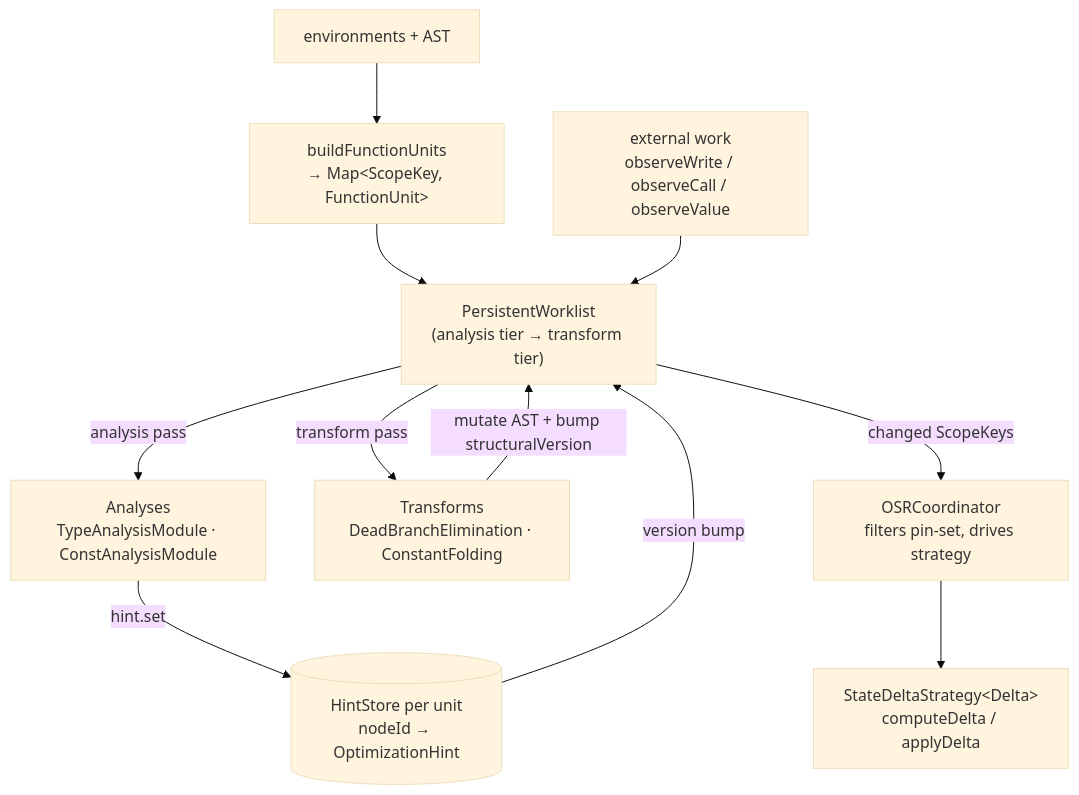
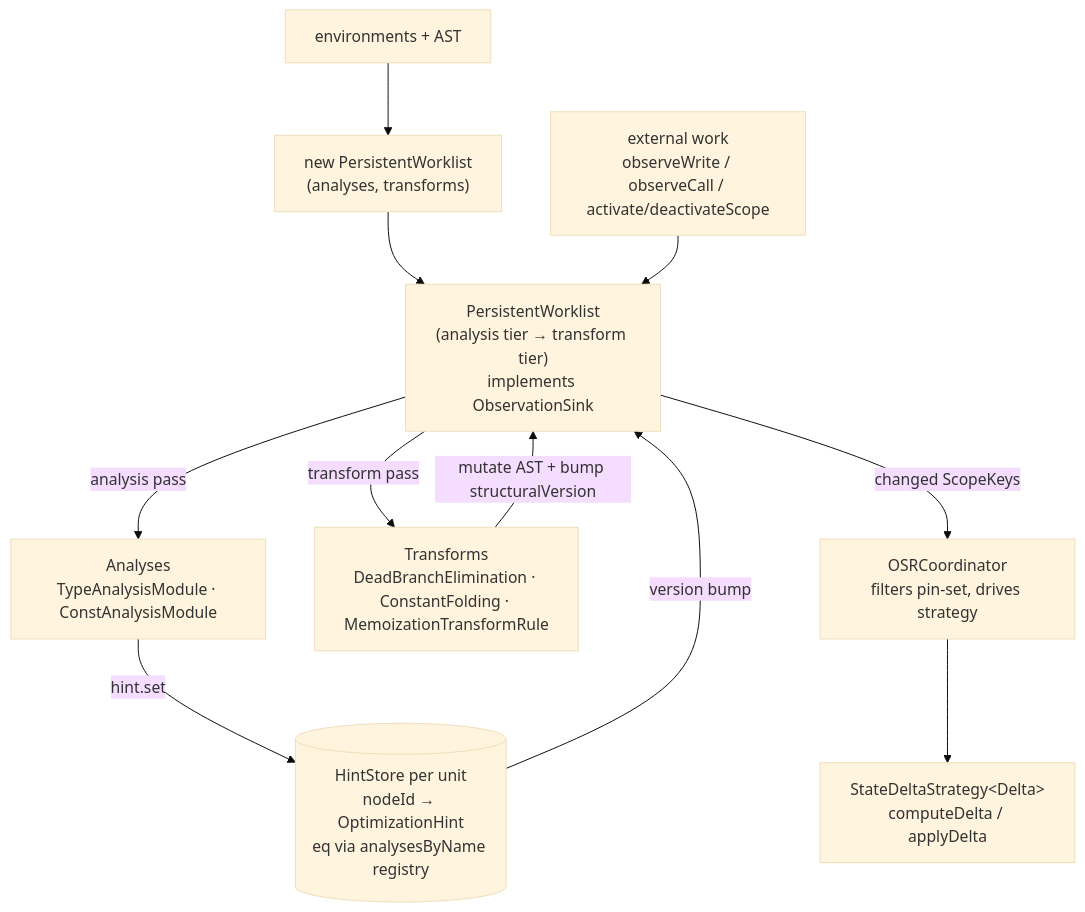
The third of 6 diagrams in docs/compilation-flow.md (loyaltypollution/py-slang), drawn with Mermaid (base theme) before and after one commit. The commit also changed other lines of this file and 2 other files, not shown here.

Commit message:
docs: refresh roadmap + compilation-flow; absorb cleanup-plan gaps into roadmap D1–D7

````diff
--- a/docs/compilation-flow.md
+++ b/docs/compilation-flow.md
@@ -124,20 +148,20 @@
 ```mermaid
 flowchart TB
     RESOLVE["environments + AST"]
-    BUILD["buildFunctionUnits<br/>→ Map&lt;ScopeKey, FunctionUnit&gt;"]
-    PW["PersistentWorklist<br/>(analysis tier → transform tier)"]
+    BUILD["new PersistentWorklist<br/>(analyses, transforms)"]
+    PW["PersistentWorklist<br/>(analysis tier → transform tier)<br/>implements ObservationSink"]
     ANA["Analyses<br/>TypeAnalysisModule · ConstAnalysisModule"]
-    XF["Transforms<br/>DeadBranchElimination · ConstantFolding"]
-    HS[("HintStore per unit<br/>nodeId → OptimizationHint")]
+    XF["Transforms<br/>DeadBranchElimination · ConstantFolding · MemoizationTransformRule"]
+    HS[("HintStore per unit<br/>nodeId → OptimizationHint<br/>eq via analysesByName registry")]
     OSR["OSRCoordinator<br/>filters pin-set, drives strategy"]
     STRAT["StateDeltaStrategy&lt;Delta&gt;<br/>computeDelta / applyDelta"]
 
     RESOLVE --> BUILD --> PW
     PW -->|analysis pass| ANA -->|hint.set| HS
     PW -->|transform pass| XF -->|mutate AST + bump structuralVersion| PW
     HS -->|version bump| PW
     PW -->|changed ScopeKeys| OSR --> STRAT
 
-    EXT["external work<br/>observeWrite / observeCall / observeValue"]
+    EXT["external work<br/>observeWrite / observeCall / activate/deactivateScope"]
     EXT --> PW
 ```
````
